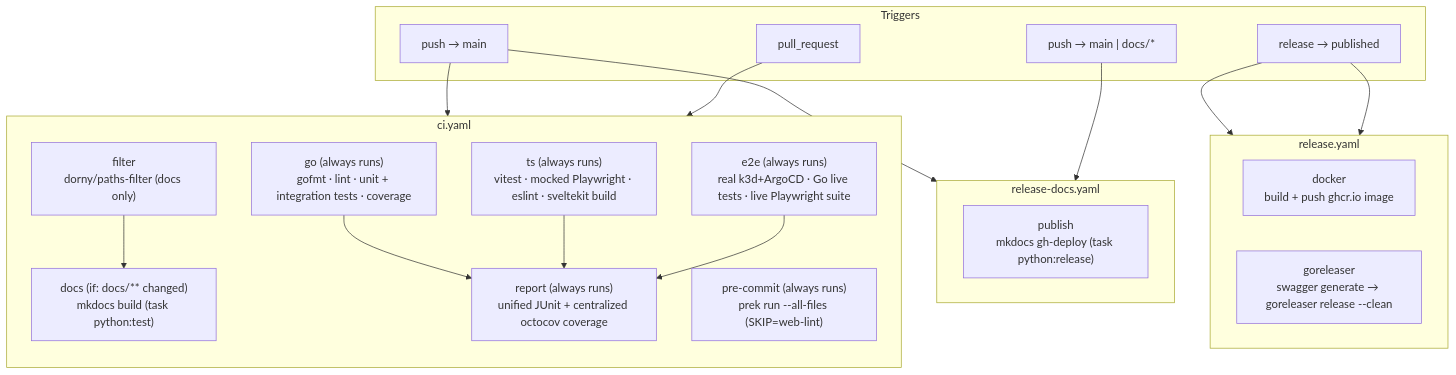
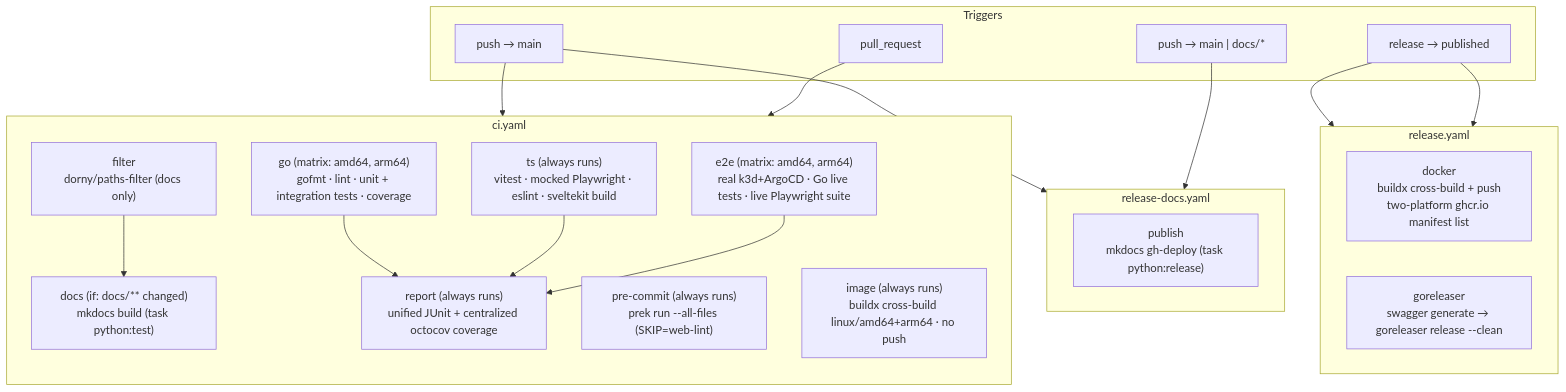
The diagram in docs/agents/ci.md (ivanklee86/tangle), drawn with Mermaid before and after one commit. The commit also changed other lines of this file and 6 other files, not shown here.

First line of the commit message:
Publish a multi-arch image and test Go and e2e on ARM (#238)

````diff
--- a/docs/agents/ci.md
+++ b/docs/agents/ci.md
@@ -20,42 +22,43 @@
 ```mermaid
 flowchart TB
     subgraph triggers[Triggers]
         push_main["push → main"]
         pr["pull_request"]
         push_docs["push → main | docs/*"]
         release_pub["release → published"]
     end
 
     subgraph ci_wf["ci.yaml"]
         direction TB
         filter_job["filter<br/>dorny/paths-filter (docs only)"]
-        go_job["go (always runs)<br/>gofmt · lint · unit + integration tests · coverage"]
+        go_job["go (matrix: amd64, arm64)<br/>gofmt · lint · unit + integration tests · coverage"]
         ts_job["ts (always runs)<br/>vitest · mocked Playwright · eslint · sveltekit build"]
         docs_job["docs (if: docs/** changed)<br/>mkdocs build (task python:test)"]
         pre_commit_job["pre-commit (always runs)<br/>prek run --all-files (SKIP=web-lint)"]
-        e2e_job["e2e (always runs)<br/>real k3d+ArgoCD · Go live tests · live Playwright suite"]
+        e2e_job["e2e (matrix: amd64, arm64)<br/>real k3d+ArgoCD · Go live tests · live Playwright suite"]
+        image_job["image (always runs)<br/>buildx cross-build linux/amd64+arm64 · no push"]
         report_job["report (always runs)<br/>unified JUnit + centralized octocov coverage"]
 
         filter_job --> docs_job
         go_job --> report_job
         ts_job --> report_job
         e2e_job --> report_job
     end
 
     subgraph docs_wf["release-docs.yaml"]
         publish_job["publish<br/>mkdocs gh-deploy (task python:release)"]
     end
 
     subgraph release_wf["release.yaml"]
         direction LR
-        docker_job["docker<br/>build + push ghcr.io image"]
+        docker_job["docker<br/>buildx cross-build + push<br/>two-platform ghcr.io manifest list"]
         goreleaser_job["goreleaser<br/>swagger generate → goreleaser release --clean"]
     end
 
     push_main --> ci_wf
     pr --> ci_wf
     push_main --> docs_wf
     push_docs --> docs_wf
     release_pub --> docker_job
     release_pub --> goreleaser_job
 ```
````
